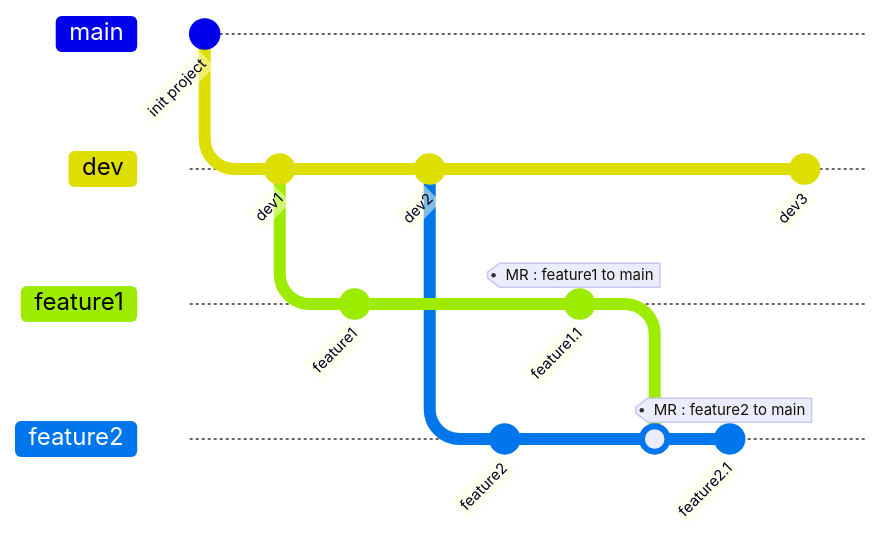
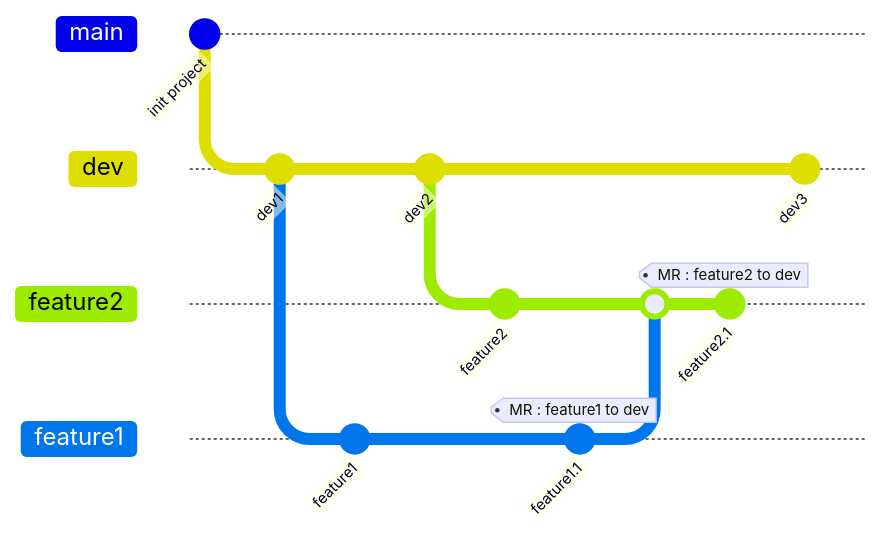
The first of 2 diagrams in git/revert-merge-request.md (tsengyushiang/notes), drawn with Mermaid before and after one commit. The commit also changed other lines of this file, not shown here.

````diff
--- a/git/revert-merge-request.md
+++ b/git/revert-merge-request.md
@@ -7,19 +7,19 @@
 ```mermaid
 gitGraph
   commit id:"init project"
   branch dev
   commit id:"dev1"
-  branch feature1
+  branch feature1 order:2
   commit id:"feature1"
   checkout dev
   commit id:"dev2"
-  branch feature2
+  branch feature2 order:1
   commit id:"feature2"
   checkout feature1
-  commit id:"feature1.1" tag:"MR : feature1 to main"
+  commit id:"feature1.1" tag:"MR : feature1 to dev"
   checkout feature2
   merge feature1
-  commit id:"feature2.1" tag:"MR : feature2 to main"
+  commit id:"feature2.1" tag:"MR : feature2 to dev"
   checkout dev
   commit id:"dev3"
 ```
````
